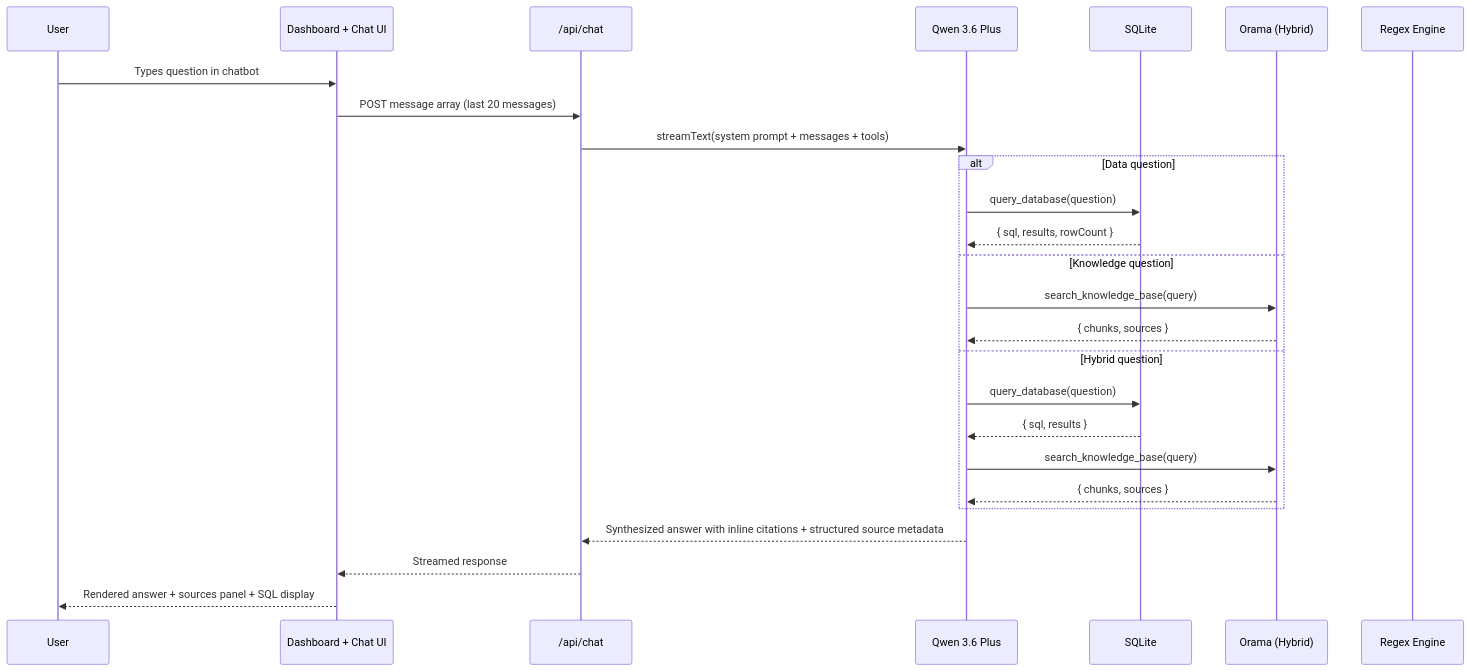
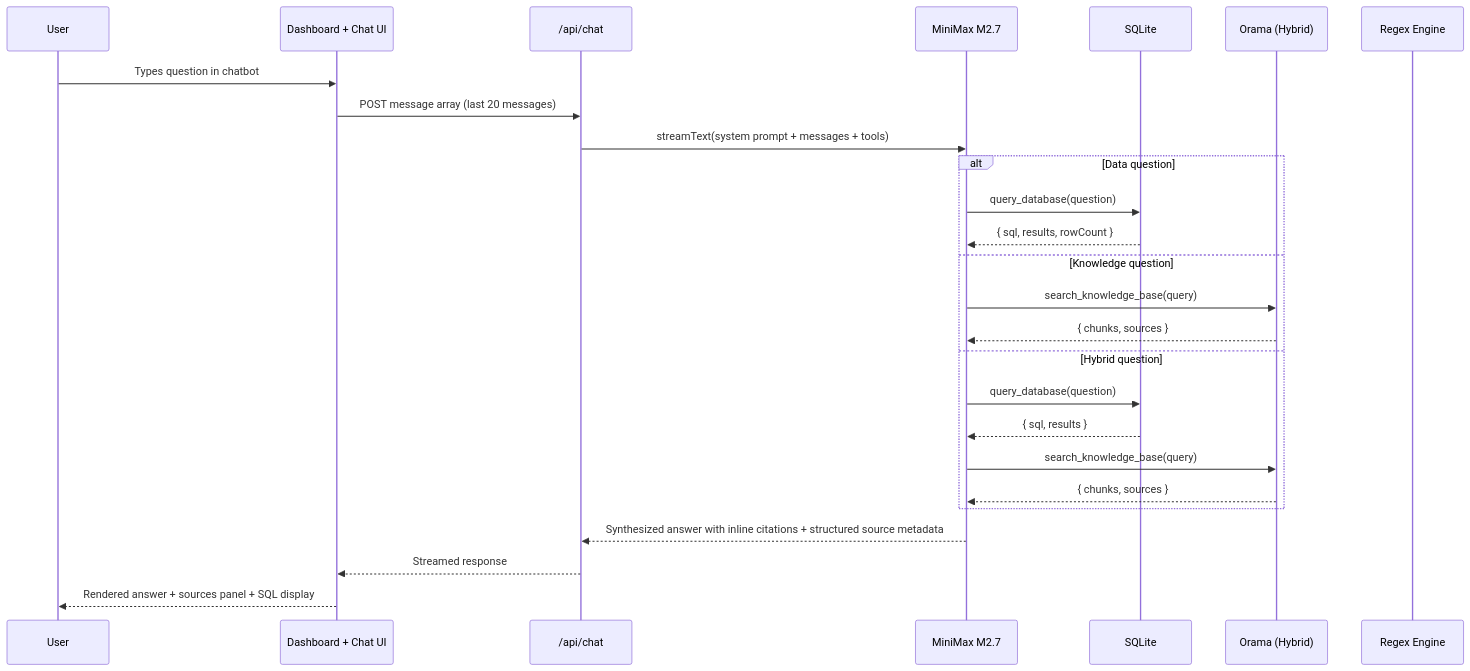
One commit to hyowonbernabe/stonecutter-ai-platform changed the second of 3 diagrams in docs/design/architecture.md. Above: the diagram before and after it, drawn with Mermaid. The commit also changed other lines of this file and 10 other files, not shown here.

First line of the commit message:
docs: add README, LICENSE, screenshot, update design docs to MiniMax M2.7, fix build

````diff
--- a/docs/design/architecture.md
+++ b/docs/design/architecture.md
@@ -38,31 +38,31 @@
 ```mermaid
 sequenceDiagram
     participant User
     participant UI as Dashboard + Chat UI
     participant API as /api/chat
-    participant LLM as Qwen 3.6 Plus
+    participant LLM as MiniMax M2.7
     participant DB as SQLite
     participant Search as Orama (Hybrid)
     participant Comp as Regex Engine
 
     User->>UI: Types question in chatbot
     UI->>API: POST message array (last 20 messages)
     API->>LLM: streamText(system prompt + messages + tools)
     
     alt Data question
         LLM->>DB: query_database(question)
         DB-->>LLM: { sql, results, rowCount }
     else Knowledge question
         LLM->>Search: search_knowledge_base(query)
         Search-->>LLM: { chunks, sources }
     else Hybrid question
         LLM->>DB: query_database(question)
         DB-->>LLM: { sql, results }
         LLM->>Search: search_knowledge_base(query)
         Search-->>LLM: { chunks, sources }
     end
 
     LLM-->>API: Synthesized answer with inline citations + structured source metadata
     API-->>UI: Streamed response
     UI-->>User: Rendered answer + sources panel + SQL display
 ```
````
